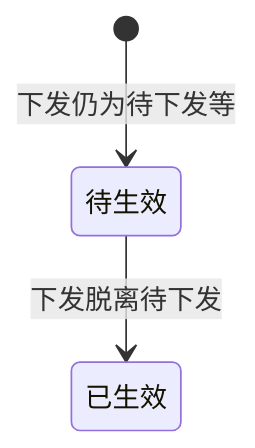
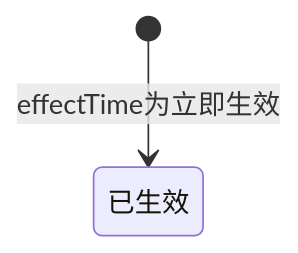
The second of 4 diagrams in 屏保状态与操作说明.md (cflyindance/setcenter), drawn with Mermaid before and after one commit. The commit also changed other lines of this file and 14 other files, not shown here.

````diff
--- a/屏保状态与操作说明.md
+++ b/屏保状态与操作说明.md
@@ -292,5 +214,4 @@
 ```mermaid
 stateDiagram-v2
-  [*] --> 待生效: 下发仍为待下发等
-  待生效 --> 已生效: 下发脱离待下发
+  [*] --> 已生效: effectTime为立即生效
 ```
````
